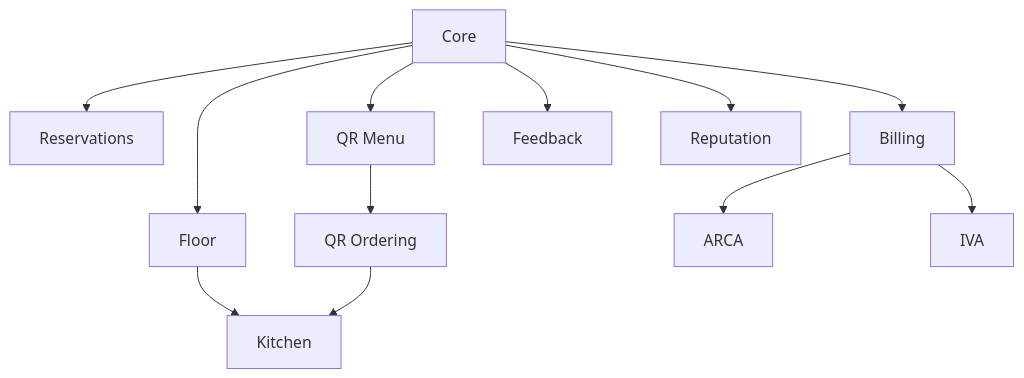
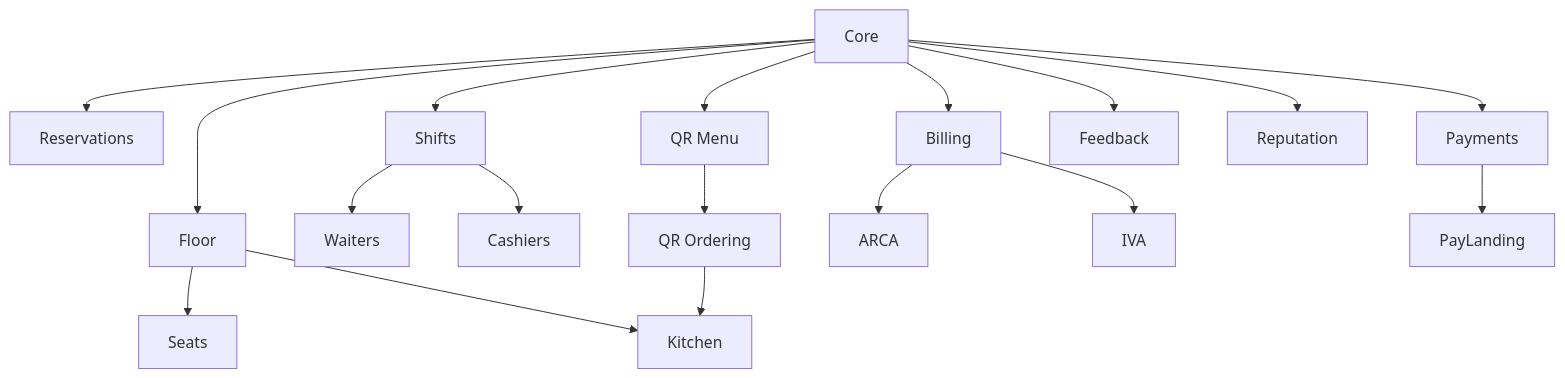
The diagram in docs/foundation/03-service-catalog.md (Adayala/maitre), drawn with Mermaid before and after one commit. The commit also changed other lines of this file and 2 other files, not shown here.

````diff
--- a/docs/foundation/03-service-catalog.md
+++ b/docs/foundation/03-service-catalog.md
@@ -105,14 +137,20 @@
 ```mermaid
 flowchart TD
     C[Core] --> F[Floor]
+    F --> S[Seats]
     C --> R[Reservations]
+    C --> SH[Shifts]
+    SH --> W[Waiters]
+    SH --> CH[Cashiers]
     C --> Q[QR Menu]
     Q --> O[QR Ordering]
     F --> K[Kitchen]
     O --> K
     C --> B[Billing]
     B --> A[ARCA]
     B --> I[IVA]
+    C --> P[Payments]
+    P --> PL[PayLanding]
     C --> FB[Feedback]
     C --> RP[Reputation]
 ```
````
